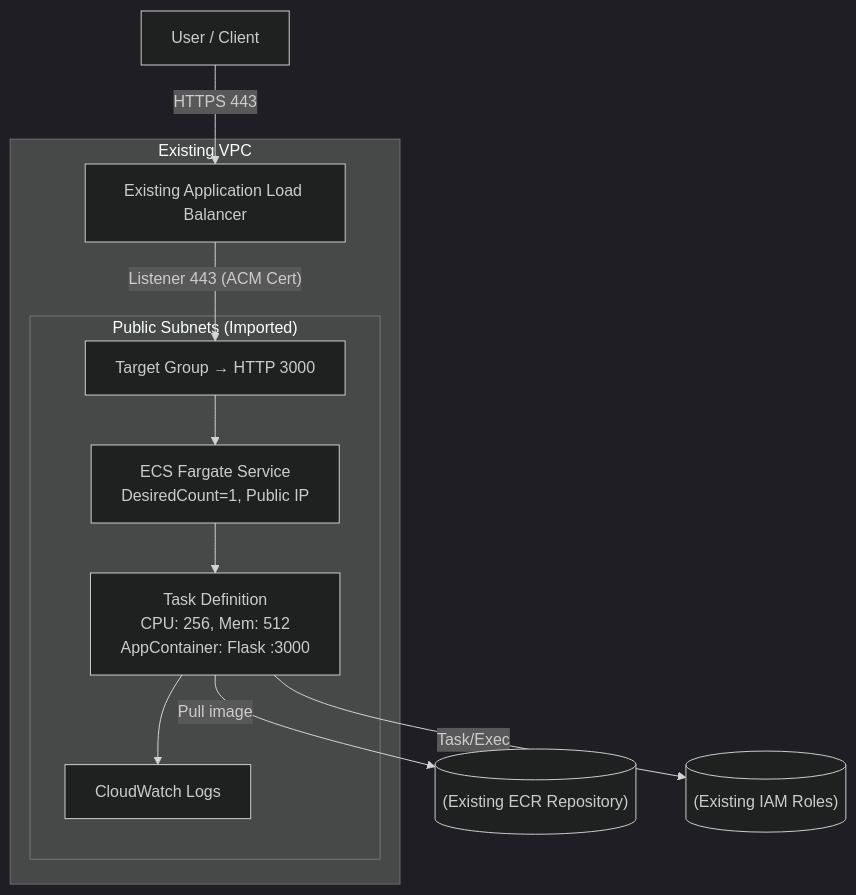
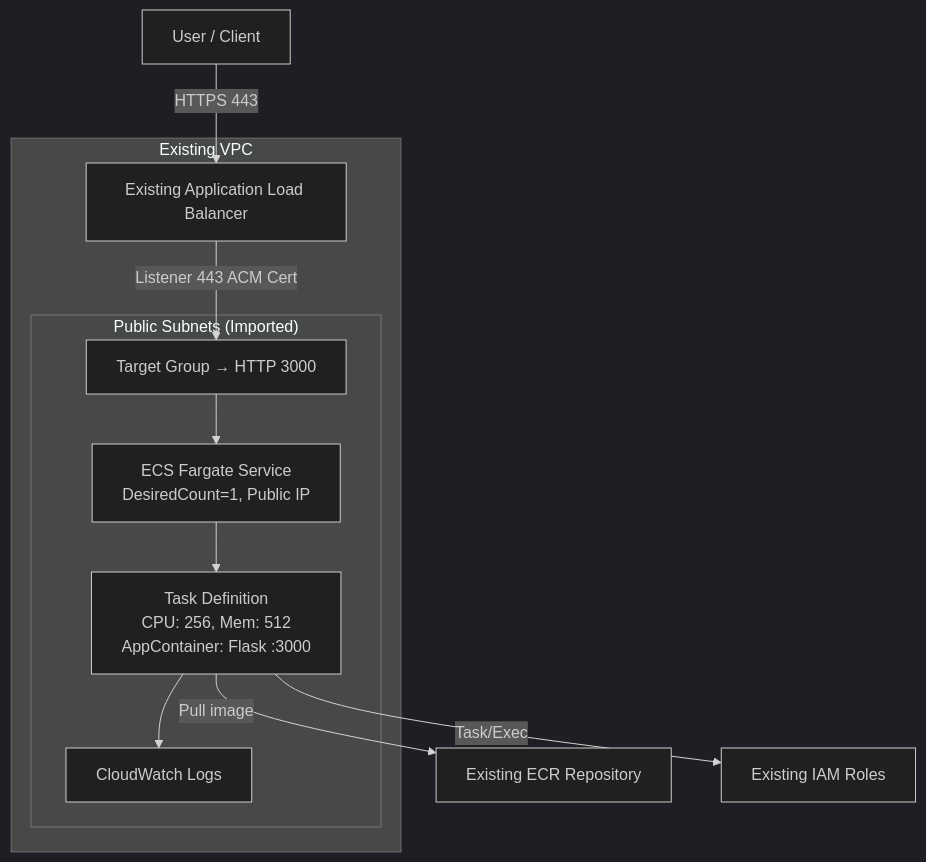
The diagram in README.md (tycloud97/devops-test), drawn with Mermaid (dark theme) before and after one commit. The commit also changed other lines of this file and 1 other file, not shown here.

````diff
--- a/README.md
+++ b/README.md
@@ -88,17 +88,17 @@
 ```mermaid
 flowchart TB
-  user[User / Client] -->|HTTPS 443| alb[Existing Application Load Balancer]
+  user["User / Client"] -->|HTTPS 443| alb["Existing Application Load Balancer"]
 
   subgraph vpc["Existing VPC"]
-    alb --> |"Listener 443 (ACM Cert)"| tg["Target Group → HTTP 3000"]
+    alb --> |Listener 443 ACM Cert| tg["Target Group → HTTP 3000"]
 
     subgraph public["Public Subnets (Imported)"]
       tg --> svc["ECS Fargate Service\nDesiredCount=1, Public IP"]
       svc --> task["Task Definition\nCPU: 256, Mem: 512\nAppContainer: Flask :3000"]
       task --> logs["CloudWatch Logs"]
     end
   end
 
-  task -->|Pull image| ecr[("(Existing ECR Repository)")]
-  task -->|Task/Exec| iam[("(Existing IAM Roles)")]
+  task -->|Pull image| ecr["Existing ECR Repository"]
+  task -->|Task/Exec| iam["Existing IAM Roles"]
 ```
````
